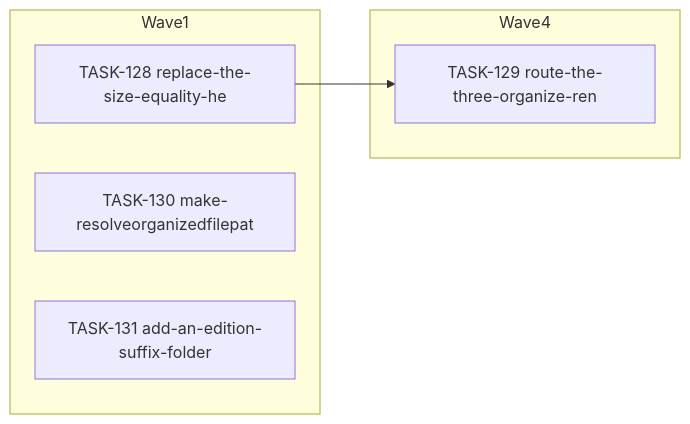
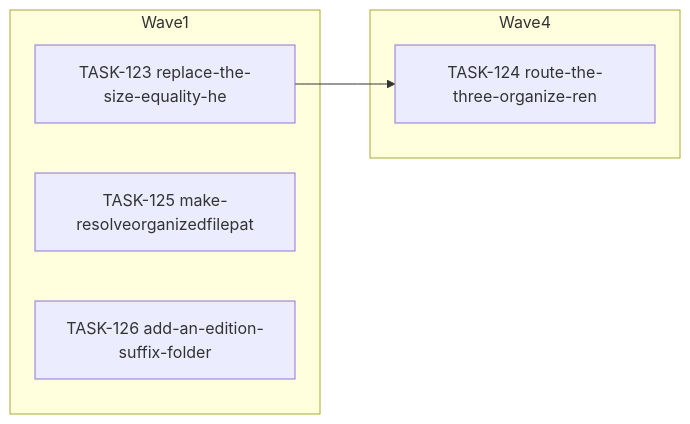
Before and after one commit to falkcorp/audiobook-organizer: the diagram in docs/agent-tasks/todo-completion/organize/orchestration.md, drawn with Mermaid. The commit also changed other lines of this file and 428 other files, not shown here.

````diff
--- a/docs/agent-tasks/todo-completion/organize/orchestration.md
+++ b/docs/agent-tasks/todo-completion/organize/orchestration.md
@@ -12,12 +12,12 @@
 ```mermaid
 flowchart LR
     subgraph Wave1
-      TASK128[TASK-128 replace-the-size-equality-he]
-      TASK130[TASK-130 make-resolveorganizedfilepat]
-      TASK131[TASK-131 add-an-edition-suffix-folder]
+      TASK123[TASK-123 replace-the-size-equality-he]
+      TASK125[TASK-125 make-resolveorganizedfilepat]
+      TASK126[TASK-126 add-an-edition-suffix-folder]
     end
     subgraph Wave4
-      TASK129[TASK-129 route-the-three-organize-ren]
+      TASK124[TASK-124 route-the-three-organize-ren]
     end
-    TASK128 --> TASK129
+    TASK123 --> TASK124
 ```
````
